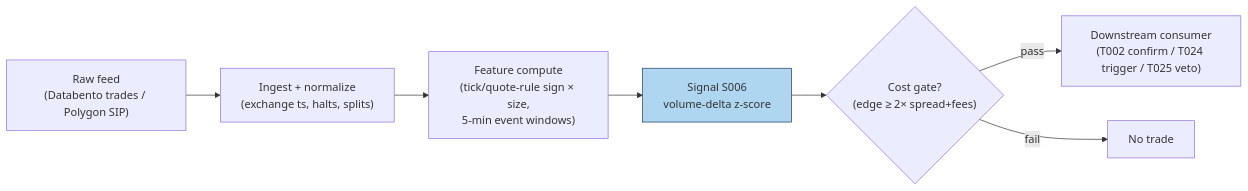
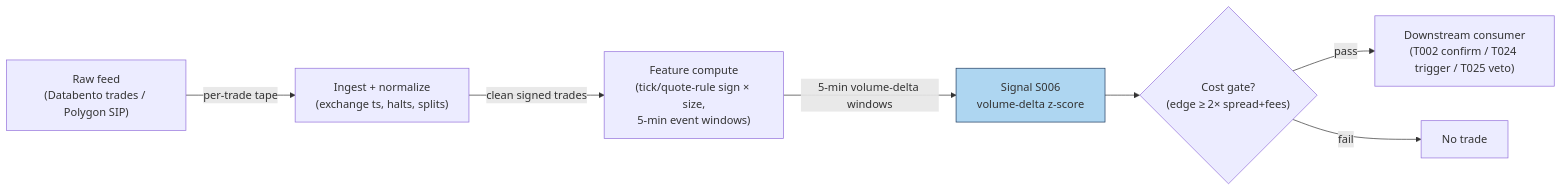
One commit to praveenguptahcl/quant-signals-deep changed the diagram in batches/SB1/S006.md. Above: the diagram before and after it, drawn with Mermaid. The commit also changed 367 other files, not shown here.

````diff
--- a/batches/SB1/S006.md
+++ b/batches/SB1/S006.md
@@ -275,10 +275,10 @@
 ```mermaid
 flowchart LR
-    FEED["Raw feed\n(Databento trades / Polygon SIP)"] --> ING["Ingest + normalize\n(exchange ts, halts, splits)"]
-    ING --> FEAT["Feature compute\n(tick/quote-rule sign × size,\n5-min event windows)"]
-    FEAT --> SIG["Signal S006\nvolume-delta z-score"]
+    FEED["Raw feed\n(Databento trades / Polygon SIP)"] -->|per-trade tape| ING["Ingest + normalize\n(exchange ts, halts, splits)"]
+    ING -->|clean signed trades| FEAT["Feature compute\n(tick/quote-rule sign × size,\n5-min event windows)"]
+    FEAT -->|5-min volume-delta windows| SIG["Signal S006\nvolume-delta z-score"]
     SIG --> GATE{"Cost gate?\n(edge ≥ 2× spread+fees)"}
     GATE -->|pass| OUT["Downstream consumer\n(T002 confirm / T024 trigger / T025 veto)"]
     GATE -->|fail| DROP["No trade"]
     style SIG fill:#aed6f1,stroke:#1f3a5f
 ```
````
